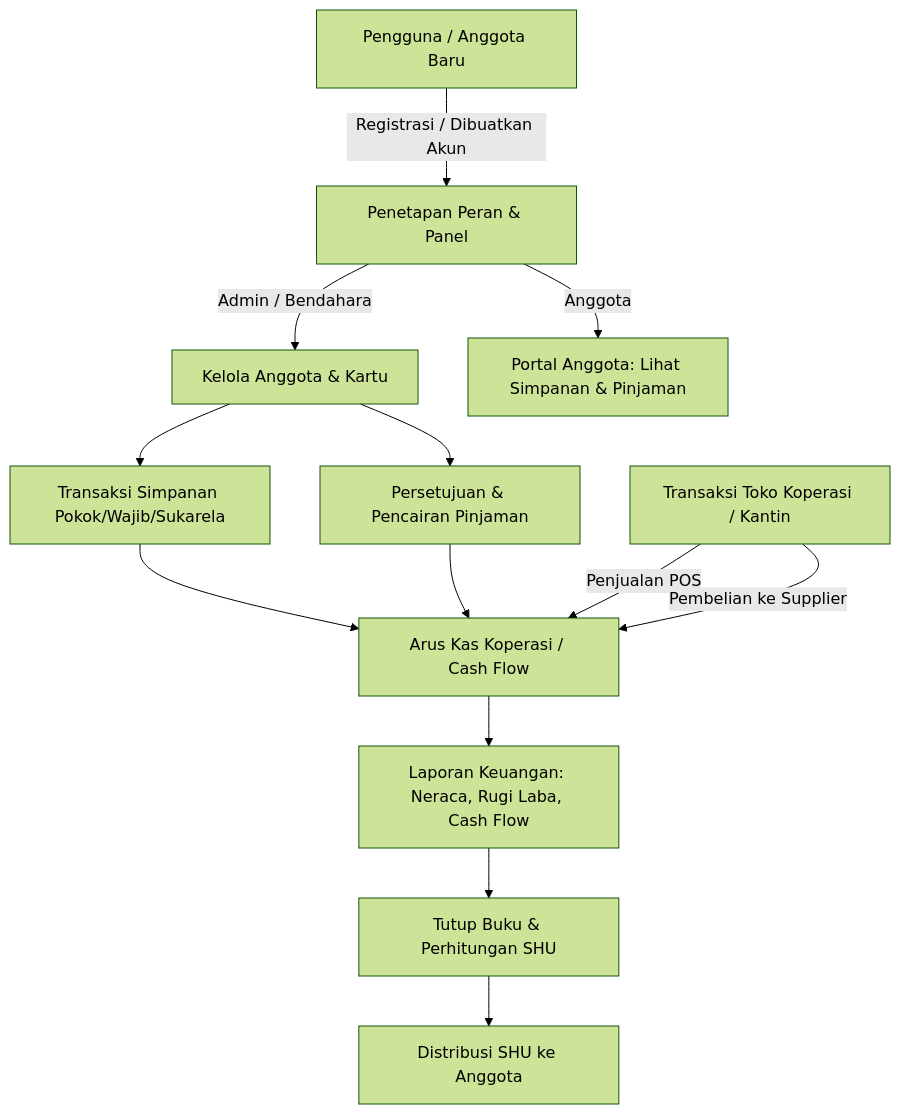
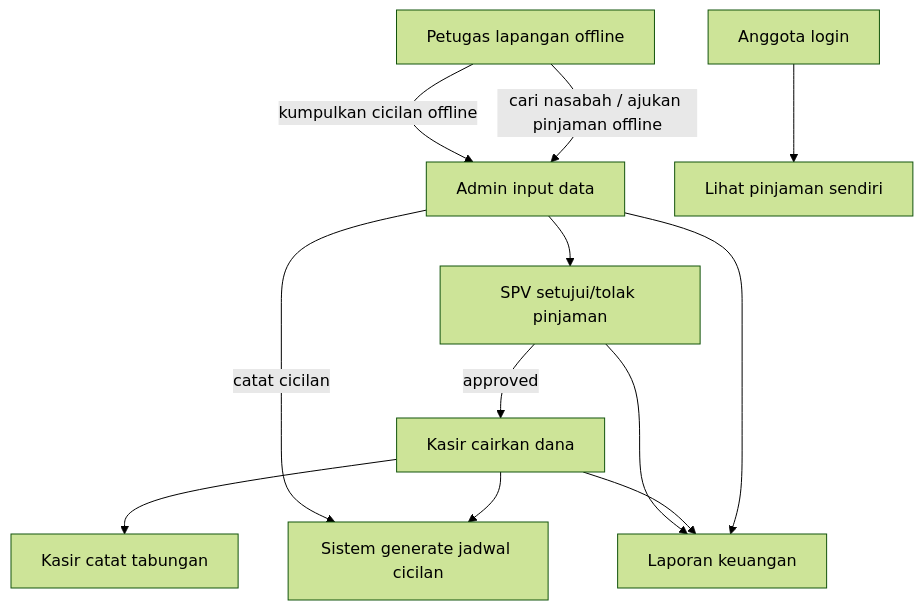
The diagram in DESKRIPSI_WEBSITE.md (adrianakbar/karya_tantri_abadi), drawn with Mermaid (forest theme) before and after one commit. The commit also changed other lines of this file and 4 other files, not shown here.

````diff
--- a/DESKRIPSI_WEBSITE.md
+++ b/DESKRIPSI_WEBSITE.md
@@ -126,19 +157,14 @@
 ```mermaid
-graph TD
-    A[Pengguna / Anggota Baru] -->|Registrasi / Dibuatkan Akun| B[Penetapan Peran & Panel]
-    B -->|Admin / Bendahara| C[Kelola Anggota & Kartu]
-    B -->|Anggota| D[Portal Anggota: Lihat Simpanan & Pinjaman]
-    
-    C --> E[Transaksi Simpanan Pokok/Wajib/Sukarela]
-    C --> F[Persetujuan & Pencairan Pinjaman]
-    
-    E --> G[Arus Kas Koperasi / Cash Flow]
-    F --> G
-    
-    H[Transaksi Toko Koperasi / Kantin] -->|Penjualan POS| G
-    H -->|Pembelian ke Supplier| G
-    
-    G --> I[Laporan Keuangan: Neraca, Rugi Laba, Cash Flow]
-    I --> J[Tutup Buku & Perhitungan SHU]
-    J --> K[Distribusi SHU ke Anggota]
+flowchart TD
+    P[Petugas lapangan offline] -->|cari nasabah / ajukan pinjaman offline| A[Admin input data]
+    P -->|kumpulkan cicilan offline| A
+    A --> S[SPV setujui/tolak pinjaman]
+    S -->|approved| K[Kasir cairkan dana]
+    K --> J[Sistem generate jadwal cicilan]
+    A -->|catat cicilan| J
+    K --> T[Kasir catat tabungan]
+    A --> L[Laporan keuangan]
+    K --> L
+    S --> L
+    M[Anggota login] --> V[Lihat pinjaman sendiri]
 ```
````
